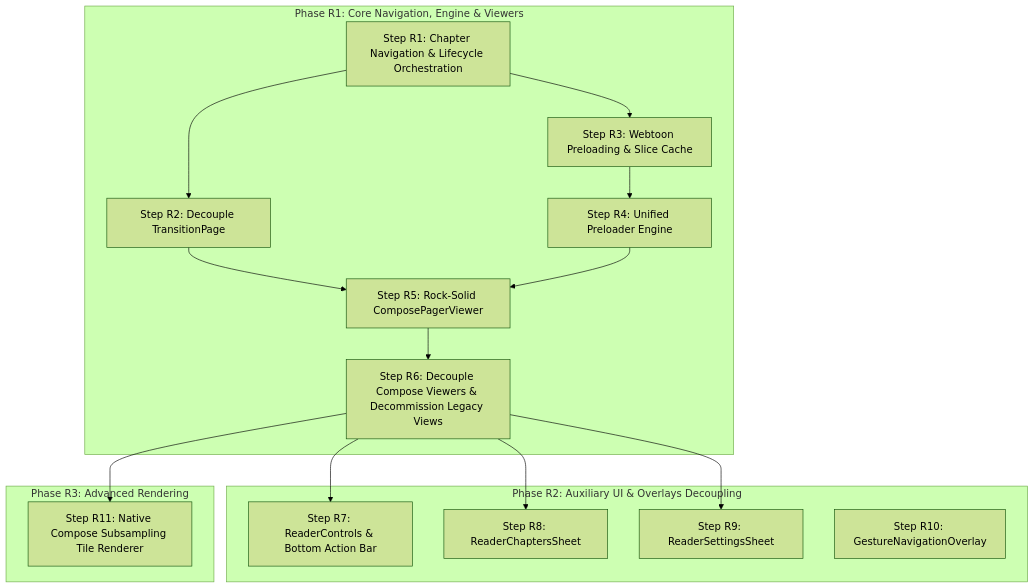
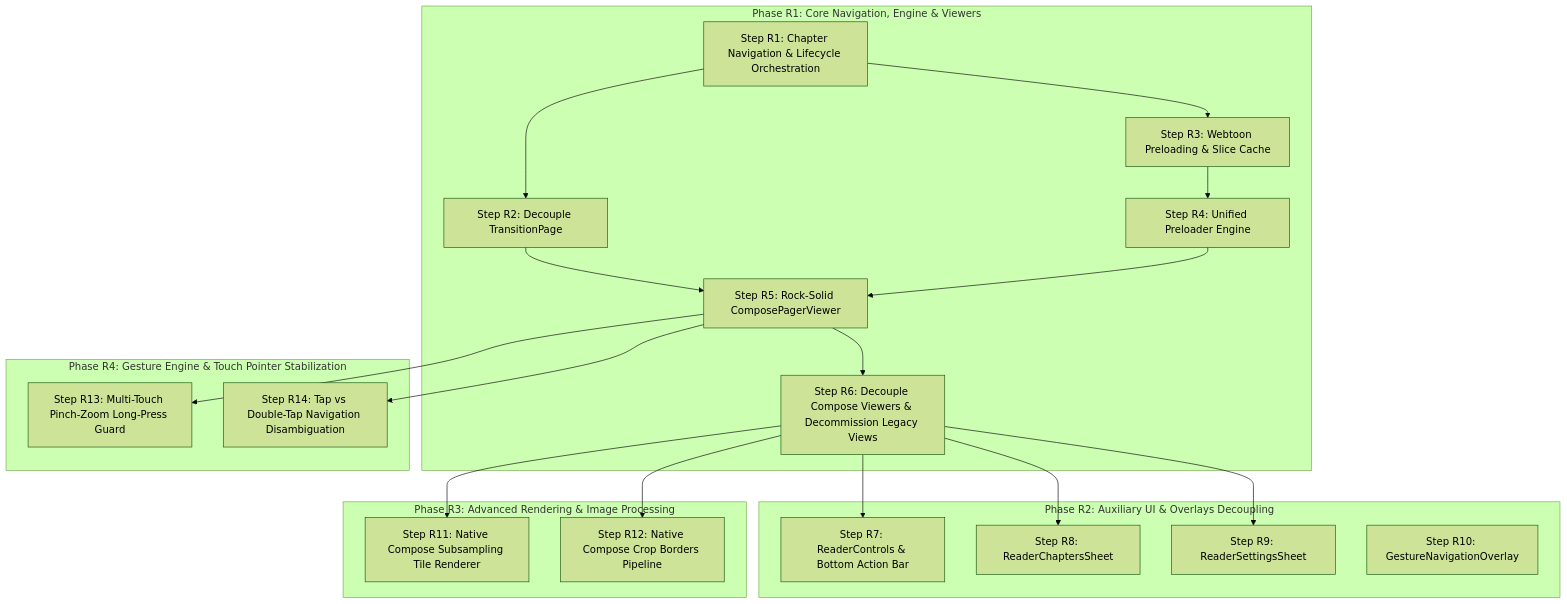
Before and after one commit to nekomangaorg/Neko: the first of 2 diagrams in docs/proposals/README.md, drawn with Mermaid (forest theme). The commit also changed other lines of this file and 3 other files, not shown here.

Commit message:
docs: add proposals for crop borders pipeline and reader gesture disambiguation

````diff
--- a/docs/proposals/README.md
+++ b/docs/proposals/README.md
@@ -20,33 +20,42 @@
 ```mermaid
 flowchart TD
     subgraph PR1["Phase R1: Core Navigation, Engine & Viewers"]
         R1["Step R1: Chapter Navigation & Lifecycle Orchestration"]
         R2["Step R2: Decouple TransitionPage"]
         R3["Step R3: Webtoon Preloading & Slice Cache"]
         R4["Step R4: Unified Preloader Engine"]
         R5["Step R5: Rock-Solid ComposePagerViewer"]
         R6["Step R6: Decouple Compose Viewers & Decommission Legacy Views"]
     end
 
     subgraph PR2["Phase R2: Auxiliary UI & Overlays Decoupling"]
         R7["Step R7: ReaderControls & Bottom Action Bar"]
         R8["Step R8: ReaderChaptersSheet"]
         R9["Step R9: ReaderSettingsSheet"]
         R10["Step R10: GestureNavigationOverlay"]
     end
 
-    subgraph PR3["Phase R3: Advanced Rendering"]
+    subgraph PR3["Phase R3: Advanced Rendering & Image Processing"]
         R11["Step R11: Native Compose Subsampling Tile Renderer"]
+        R12["Step R12: Native Compose Crop Borders Pipeline"]
+    end
+
+    subgraph PR4["Phase R4: Gesture Engine & Touch Pointer Stabilization"]
+        R13["Step R13: Multi-Touch Pinch-Zoom Long-Press Guard"]
+        R14["Step R14: Tap vs Double-Tap Navigation Disambiguation"]
     end
 
     R1 --> R2
     R1 --> R3
     R3 --> R4
     R2 --> R5
     R4 --> R5
     R5 --> R6
+    R5 --> R13
+    R5 --> R14
     R6 --> R7
     R6 --> R8
     R6 --> R9
     R6 --> R11
+    R6 --> R12
 ```
````
